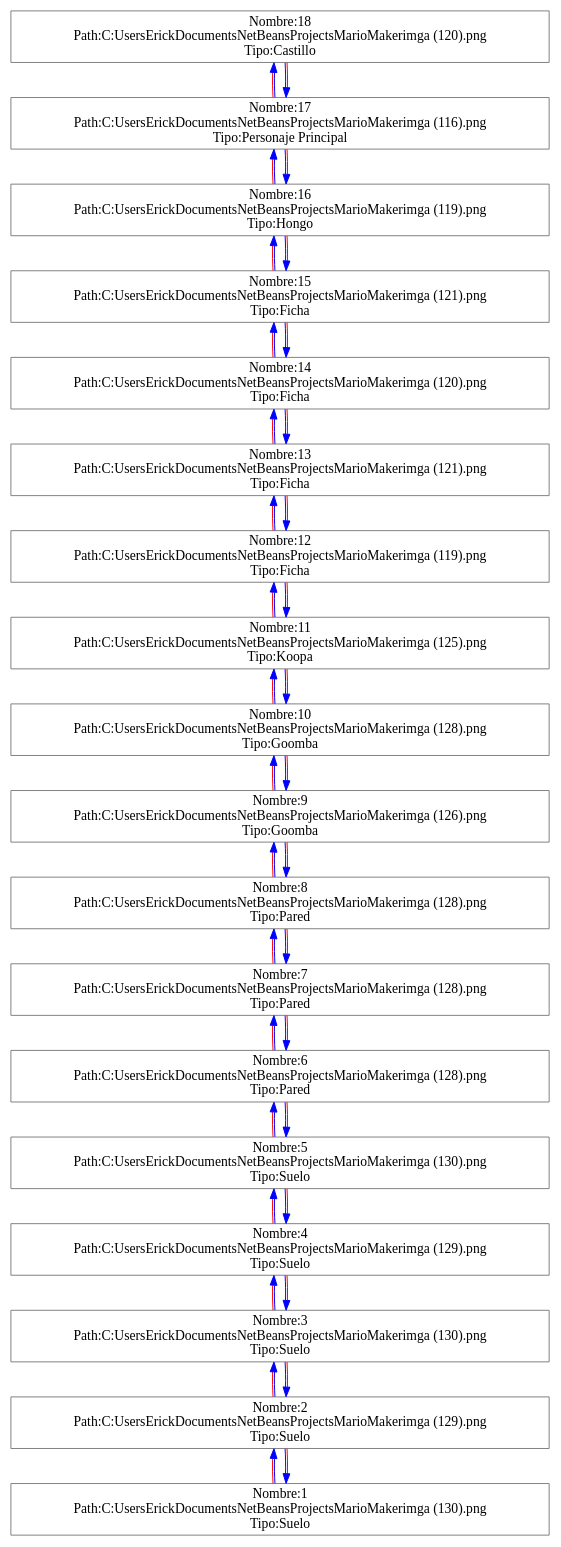
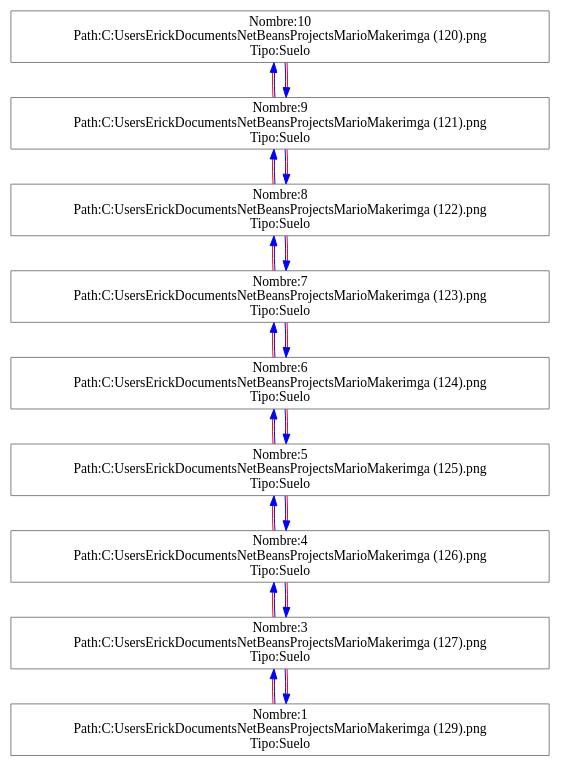
One commit to ErickTejaxun/Practica1s22015_201213050 changed the diagram in objetos.dot. Above: the diagram before and after it, drawn with Graphviz. The commit also changed 8 other files, not shown here.

```diff
--- a/objetos.dot
+++ b/objetos.dot
@@ -1,172 +1,82 @@
 digraph ColaAtencion {node [dir=both,shape=polygon, fontcolor="Black", height=0.5, color="Grey"]edge [color="blue", color="blue:red"]rankdir=BT
 "Nombre:1
-Path:C:\Users\Erick\Documents\NetBeansProjects\MarioMaker\img\a (130).png
-Tipo:Suelo"-> "Nombre:2
-Path:C:\Users\Erick\Documents\NetBeansProjects\MarioMaker\img\a (129).png
-Tipo:Suelo"
-"Nombre:2
-Path:C:\Users\Erick\Documents\NetBeansProjects\MarioMaker\img\a (129).png
-Tipo:Suelo"-> "Nombre:1
-Path:C:\Users\Erick\Documents\NetBeansProjects\MarioMaker\img\a (130).png
-Tipo:Suelo"
-"Nombre:2
 Path:C:\Users\Erick\Documents\NetBeansProjects\MarioMaker\img\a (129).png
 Tipo:Suelo"-> "Nombre:3
-Path:C:\Users\Erick\Documents\NetBeansProjects\MarioMaker\img\a (130).png
+Path:C:\Users\Erick\Documents\NetBeansProjects\MarioMaker\img\a (127).png
 Tipo:Suelo"
 "Nombre:3
-Path:C:\Users\Erick\Documents\NetBeansProjects\MarioMaker\img\a (130).png
-Tipo:Suelo"-> "Nombre:2
+Path:C:\Users\Erick\Documents\NetBeansProjects\MarioMaker\img\a (127).png
+Tipo:Suelo"-> "Nombre:1
 Path:C:\Users\Erick\Documents\NetBeansProjects\MarioMaker\img\a (129).png
 Tipo:Suelo"
 "Nombre:3
-Path:C:\Users\Erick\Documents\NetBeansProjects\MarioMaker\img\a (130).png
+Path:C:\Users\Erick\Documents\NetBeansProjects\MarioMaker\img\a (127).png
 Tipo:Suelo"-> "Nombre:4
-Path:C:\Users\Erick\Documents\NetBeansProjects\MarioMaker\img\a (129).png
+Path:C:\Users\Erick\Documents\NetBeansProjects\MarioMaker\img\a (126).png
 Tipo:Suelo"
 "Nombre:4
-Path:C:\Users\Erick\Documents\NetBeansProjects\MarioMaker\img\a (129).png
+Path:C:\Users\Erick\Documents\NetBeansProjects\MarioMaker\img\a (126).png
 Tipo:Suelo"-> "Nombre:3
-Path:C:\Users\Erick\Documents\NetBeansProjects\MarioMaker\img\a (130).png
+Path:C:\Users\Erick\Documents\NetBeansProjects\MarioMaker\img\a (127).png
 Tipo:Suelo"
 "Nombre:4
-Path:C:\Users\Erick\Documents\NetBeansProjects\MarioMaker\img\a (129).png
+Path:C:\Users\Erick\Documents\NetBeansProjects\MarioMaker\img\a (126).png
 Tipo:Suelo"-> "Nombre:5
-Path:C:\Users\Erick\Documents\NetBeansProjects\MarioMaker\img\a (130).png
+Path:C:\Users\Erick\Documents\NetBeansProjects\MarioMaker\img\a (125).png
 Tipo:Suelo"
 "Nombre:5
-Path:C:\Users\Erick\Documents\NetBeansProjects\MarioMaker\img\a (130).png
+Path:C:\Users\Erick\Documents\NetBeansProjects\MarioMaker\img\a (125).png
 Tipo:Suelo"-> "Nombre:4
-Path:C:\Users\Erick\Documents\NetBeansProjects\MarioMaker\img\a (129).png
+Path:C:\Users\Erick\Documents\NetBeansProjects\MarioMaker\img\a (126).png
 Tipo:Suelo"
 "Nombre:5
-Path:C:\Users\Erick\Documents\NetBeansProjects\MarioMaker\img\a (130).png
+Path:C:\Users\Erick\Documents\NetBeansProjects\MarioMaker\img\a (125).png
 Tipo:Suelo"-> "Nombre:6
-Path:C:\Users\Erick\Documents\NetBeansProjects\MarioMaker\img\a (128).png
-Tipo:Pared"
-"Nombre:6
-Path:C:\Users\Erick\Documents\NetBeansProjects\MarioMaker\img\a (128).png
-Tipo:Pared"-> "Nombre:5
-Path:C:\Users\Erick\Documents\NetBeansProjects\MarioMaker\img\a (130).png
+Path:C:\Users\Erick\Documents\NetBeansProjects\MarioMaker\img\a (124).png
 Tipo:Suelo"
 "Nombre:6
-Path:C:\Users\Erick\Documents\NetBeansProjects\MarioMaker\img\a (128).png
-Tipo:Pared"-> "Nombre:7
-Path:C:\Users\Erick\Documents\NetBeansProjects\MarioMaker\img\a (128).png
-Tipo:Pared"
+Path:C:\Users\Erick\Documents\NetBeansProjects\MarioMaker\img\a (124).png
+Tipo:Suelo"-> "Nombre:5
+Path:C:\Users\Erick\Documents\NetBeansProjects\MarioMaker\img\a (125).png
+Tipo:Suelo"
+"Nombre:6
+Path:C:\Users\Erick\Documents\NetBeansProjects\MarioMaker\img\a (124).png
+Tipo:Suelo"-> "Nombre:7
+Path:C:\Users\Erick\Documents\NetBeansProjects\MarioMaker\img\a (123).png
+Tipo:Suelo"
 "Nombre:7
-Path:C:\Users\Erick\Documents\NetBeansProjects\MarioMaker\img\a (128).png
-Tipo:Pared"-> "Nombre:6
-Path:C:\Users\Erick\Documents\NetBeansProjects\MarioMaker\img\a (128).png
-Tipo:Pared"
+Path:C:\Users\Erick\Documents\NetBeansProjects\MarioMaker\img\a (123).png
+Tipo:Suelo"-> "Nombre:6
+Path:C:\Users\Erick\Documents\NetBeansProjects\MarioMaker\img\a (124).png
+Tipo:Suelo"
 "Nombre:7
-Path:C:\Users\Erick\Documents\NetBeansProjects\MarioMaker\img\a (128).png
-Tipo:Pared"-> "Nombre:8
-Path:C:\Users\Erick\Documents\NetBeansProjects\MarioMaker\img\a (128).png
-Tipo:Pared"
+Path:C:\Users\Erick\Documents\NetBeansProjects\MarioMaker\img\a (123).png
+Tipo:Suelo"-> "Nombre:8
+Path:C:\Users\Erick\Documents\NetBeansProjects\MarioMaker\img\a (122).png
+Tipo:Suelo"
 "Nombre:8
-Path:C:\Users\Erick\Documents\NetBeansProjects\MarioMaker\img\a (128).png
-Tipo:Pared"-> "Nombre:7
-Path:C:\Users\Erick\Documents\NetBeansProjects\MarioMaker\img\a (128).png
-Tipo:Pared"
+Path:C:\Users\Erick\Documents\NetBeansProjects\MarioMaker\img\a (122).png
+Tipo:Suelo"-> "Nombre:7
+Path:C:\Users\Erick\Documents\NetBeansProjects\MarioMaker\img\a (123).png
+Tipo:Suelo"
 "Nombre:8
-Path:C:\Users\Erick\Documents\NetBeansProjects\MarioMaker\img\a (128).png
-Tipo:Pared"-> "Nombre:9
-Path:C:\Users\Erick\Documents\NetBeansProjects\MarioMaker\img\a (126).png
-Tipo:Goomba"
+Path:C:\Users\Erick\Documents\NetBeansProjects\MarioMaker\img\a (122).png
+Tipo:Suelo"-> "Nombre:9
+Path:C:\Users\Erick\Documents\NetBeansProjects\MarioMaker\img\a (121).png
+Tipo:Suelo"
 "Nombre:9
-Path:C:\Users\Erick\Documents\NetBeansProjects\MarioMaker\img\a (126).png
-Tipo:Goomba"-> "Nombre:8
-Path:C:\Users\Erick\Documents\NetBeansProjects\MarioMaker\img\a (128).png
-Tipo:Pared"
+Path:C:\Users\Erick\Documents\NetBeansProjects\MarioMaker\img\a (121).png
+Tipo:Suelo"-> "Nombre:8
+Path:C:\Users\Erick\Documents\NetBeansProjects\MarioMaker\img\a (122).png
+Tipo:Suelo"
 "Nombre:9
-Path:C:\Users\Erick\Documents\NetBeansProjects\MarioMaker\img\a (126).png
-Tipo:Goomba"-> "Nombre:10
-Path:C:\Users\Erick\Documents\NetBeansProjects\MarioMaker\img\a (128).png
-Tipo:Goomba"
+Path:C:\Users\Erick\Documents\NetBeansProjects\MarioMaker\img\a (121).png
+Tipo:Suelo"-> "Nombre:10
+Path:C:\Users\Erick\Documents\NetBeansProjects\MarioMaker\img\a (120).png
+Tipo:Suelo"
 "Nombre:10
-Path:C:\Users\Erick\Documents\NetBeansProjects\MarioMaker\img\a (128).png
-Tipo:Goomba"-> "Nombre:9
-Path:C:\Users\Erick\Documents\NetBeansProjects\MarioMaker\img\a (126).png
-Tipo:Goomba"
-"Nombre:10
-Path:C:\Users\Erick\Documents\NetBeansProjects\MarioMaker\img\a (128).png
-Tipo:Goomba"-> "Nombre:11
-Path:C:\Users\Erick\Documents\NetBeansProjects\MarioMaker\img\a (125).png
-Tipo:Koopa"
-"Nombre:11
-Path:C:\Users\Erick\Documents\NetBeansProjects\MarioMaker\img\a (125).png
-Tipo:Koopa"-> "Nombre:10
-Path:C:\Users\Erick\Documents\NetBeansProjects\MarioMaker\img\a (128).png
-Tipo:Goomba"
-"Nombre:11
-Path:C:\Users\Erick\Documents\NetBeansProjects\MarioMaker\img\a (125).png
-Tipo:Koopa"-> "Nombre:12
-Path:C:\Users\Erick\Documents\NetBeansProjects\MarioMaker\img\a (119).png
-Tipo:Ficha"
-"Nombre:12
-Path:C:\Users\Erick\Documents\NetBeansProjects\MarioMaker\img\a (119).png
-Tipo:Ficha"-> "Nombre:11
-Path:C:\Users\Erick\Documents\NetBeansProjects\MarioMaker\img\a (125).png
-Tipo:Koopa"
-"Nombre:12
-Path:C:\Users\Erick\Documents\NetBeansProjects\MarioMaker\img\a (119).png
-Tipo:Ficha"-> "Nombre:13
+Path:C:\Users\Erick\Documents\NetBeansProjects\MarioMaker\img\a (120).png
+Tipo:Suelo"-> "Nombre:9
 Path:C:\Users\Erick\Documents\NetBeansProjects\MarioMaker\img\a (121).png
-Tipo:Ficha"
-"Nombre:13
-Path:C:\Users\Erick\Documents\NetBeansProjects\MarioMaker\img\a (121).png
-Tipo:Ficha"-> "Nombre:12
-Path:C:\Users\Erick\Documents\NetBeansProjects\MarioMaker\img\a (119).png
-Tipo:Ficha"
-"Nombre:13
-Path:C:\Users\Erick\Documents\NetBeansProjects\MarioMaker\img\a (121).png
-Tipo:Ficha"-> "Nombre:14
-Path:C:\Users\Erick\Documents\NetBeansProjects\MarioMaker\img\a (120).png
-Tipo:Ficha"
-"Nombre:14
-Path:C:\Users\Erick\Documents\NetBeansProjects\MarioMaker\img\a (120).png
-Tipo:Ficha"-> "Nombre:13
-Path:C:\Users\Erick\Documents\NetBeansProjects\MarioMaker\img\a (121).png
-Tipo:Ficha"
-"Nombre:14
-Path:C:\Users\Erick\Documents\NetBeansProjects\MarioMaker\img\a (120).png
-Tipo:Ficha"-> "Nombre:15
-Path:C:\Users\Erick\Documents\NetBeansProjects\MarioMaker\img\a (121).png
-Tipo:Ficha"
-"Nombre:15
-Path:C:\Users\Erick\Documents\NetBeansProjects\MarioMaker\img\a (121).png
-Tipo:Ficha"-> "Nombre:14
-Path:C:\Users\Erick\Documents\NetBeansProjects\MarioMaker\img\a (120).png
-Tipo:Ficha"
-"Nombre:15
-Path:C:\Users\Erick\Documents\NetBeansProjects\MarioMaker\img\a (121).png
-Tipo:Ficha"-> "Nombre:16
-Path:C:\Users\Erick\Documents\NetBeansProjects\MarioMaker\img\a (119).png
-Tipo:Hongo"
-"Nombre:16
-Path:C:\Users\Erick\Documents\NetBeansProjects\MarioMaker\img\a (119).png
-Tipo:Hongo"-> "Nombre:15
-Path:C:\Users\Erick\Documents\NetBeansProjects\MarioMaker\img\a (121).png
-Tipo:Ficha"
-"Nombre:16
-Path:C:\Users\Erick\Documents\NetBeansProjects\MarioMaker\img\a (119).png
-Tipo:Hongo"-> "Nombre:17
-Path:C:\Users\Erick\Documents\NetBeansProjects\MarioMaker\img\a (116).png
-Tipo:Personaje Principal"
-"Nombre:17
-Path:C:\Users\Erick\Documents\NetBeansProjects\MarioMaker\img\a (116).png
-Tipo:Personaje Principal"-> "Nombre:16
-Path:C:\Users\Erick\Documents\NetBeansProjects\MarioMaker\img\a (119).png
-Tipo:Hongo"
-"Nombre:17
-Path:C:\Users\Erick\Documents\NetBeansProjects\MarioMaker\img\a (116).png
-Tipo:Personaje Principal"-> "Nombre:18
-Path:C:\Users\Erick\Documents\NetBeansProjects\MarioMaker\img\a (120).png
-Tipo:Castillo"
-"Nombre:18
-Path:C:\Users\Erick\Documents\NetBeansProjects\MarioMaker\img\a (120).png
-Tipo:Castillo"-> "Nombre:17
-Path:C:\Users\Erick\Documents\NetBeansProjects\MarioMaker\img\a (116).png
-Tipo:Personaje Principal"
+Tipo:Suelo"
 }
```
